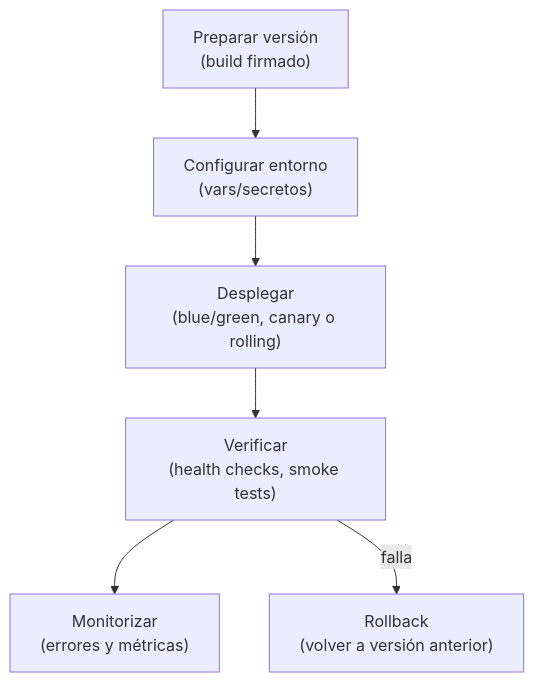
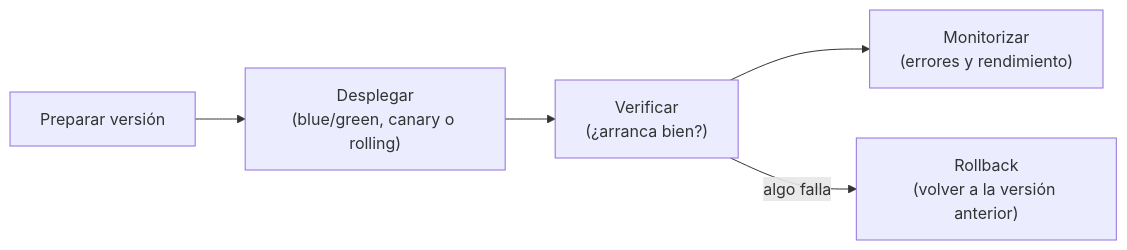
Before and after one commit to aitorventura/entornos-de-desarrollo: the seventh of 10 diagrams in docs/tema1/fases.md, drawn with Mermaid. The commit also changed other lines of this file and 348 other files, not shown here.

````diff
--- a/docs/tema1/fases.md
+++ b/docs/tema1/fases.md
@@ -487,9 +360,7 @@
 ```mermaid
-flowchart TB
-  P["Preparar versión<br/>(build firmado)"] --> C["Configurar entorno<br/>(vars/secretos)"]
-  C --> D["Desplegar<br/>(blue/green, canary o rolling)"]
-  D --> V["Verificar<br/>(health checks, smoke tests)"]
-  V --> M["Monitorizar<br/>(errores y métricas)"]
-  V -->|falla| R["Rollback<br/>(volver a versión anterior)"]
-
+flowchart LR
+  P["Preparar versión"] --> D["Desplegar\n(blue/green, canary o rolling)"]
+  D --> V["Verificar\n(¿arranca bien?)"]
+  V --> M["Monitorizar\n(errores y rendimiento)"]
+  V -->|"algo falla"| R["Rollback\n(volver a la versión anterior)"]
 ```
````
